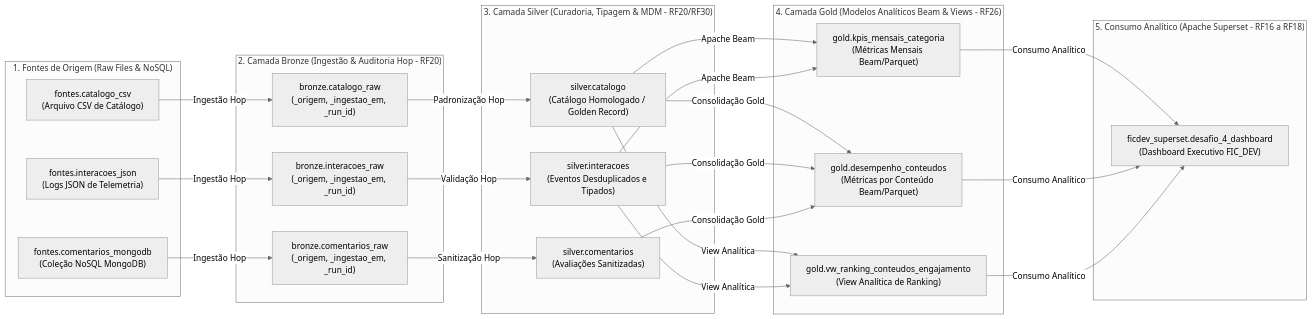
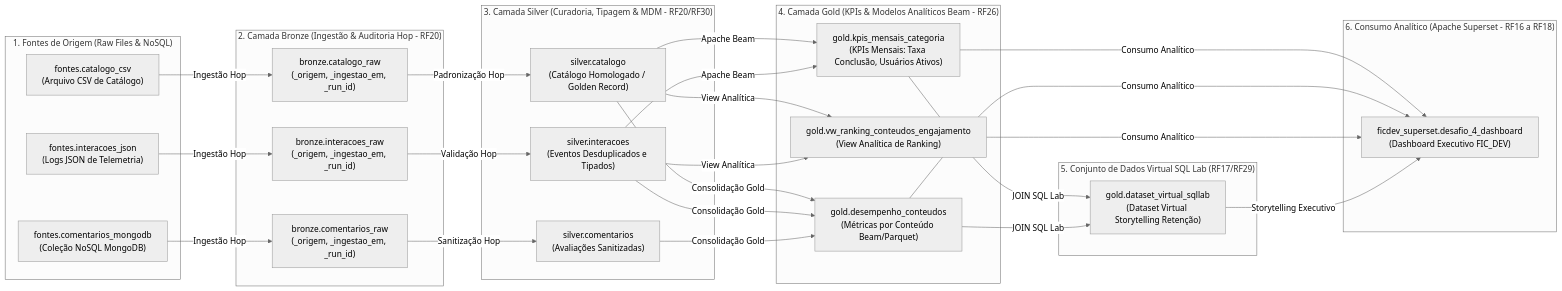
The diagram in documentacao/governanca_openmetadata.md (Gabriel-M-Branco/desafio-04-Fundamentos-de-Dados-para-IA), drawn with Mermaid (neutral theme) before and after one commit. The commit also changed other lines of this file and 2 other files, not shown here.

Commit message:
feat(governanca): mapear explicitamente kpi e dataset virtual do sql lab na linhagem conforme rf29

````diff
--- a/documentacao/governanca_openmetadata.md
+++ b/documentacao/governanca_openmetadata.md
@@ -25,54 +25,63 @@
 ```mermaid
 graph LR
     subgraph S1["1. Fontes de Origem (Raw Files & NoSQL)"]
         F1["fontes.catalogo_csv<br/>(Arquivo CSV de Catálogo)"]
         F2["fontes.interacoes_json<br/>(Logs JSON de Telemetria)"]
         F3["fontes.comentarios_mongodb<br/>(Coleção NoSQL MongoDB)"]
     end
 
     subgraph S2["2. Camada Bronze (Ingestão & Auditoria Hop - RF20)"]
         B1["bronze.catalogo_raw<br/>(_origem, _ingestao_em, _run_id)"]
         B2["bronze.interacoes_raw<br/>(_origem, _ingestao_em, _run_id)"]
         B3["bronze.comentarios_raw<br/>(_origem, _ingestao_em, _run_id)"]
     end
 
     subgraph S3["3. Camada Silver (Curadoria, Tipagem & MDM - RF20/RF30)"]
         SIL1["silver.catalogo<br/>(Catálogo Homologado / Golden Record)"]
         SIL2["silver.interacoes<br/>(Eventos Desduplicados e Tipados)"]
         SIL3["silver.comentarios<br/>(Avaliações Sanitizadas)"]
     end
 
-    subgraph S4["4. Camada Gold (Modelos Analíticos Beam & Views - RF26)"]
-        G1["gold.kpis_mensais_categoria<br/>(Métricas Mensais Beam/Parquet)"]
+    subgraph S4["4. Camada Gold (KPIs & Modelos Analíticos Beam - RF26)"]
+        G1["gold.kpis_mensais_categoria<br/>(KPIs Mensais: Taxa Conclusão, Usuários Ativos)"]
         G2["gold.desempenho_conteudos<br/>(Métricas por Conteúdo Beam/Parquet)"]
         G3["gold.vw_ranking_conteudos_engajamento<br/>(View Analítica de Ranking)"]
     end
 
-    subgraph S5["5. Consumo Analítico (Apache Superset - RF16 a RF18)"]
+    subgraph S5["5. Conjunto de Dados Virtual SQL Lab (RF17/RF29)"]
+        SQLV["gold.dataset_virtual_sqllab<br/>(Dataset Virtual Storytelling Retenção)"]
+    end
+
+    subgraph S6["6. Consumo Analítico (Apache Superset - RF16 a RF18)"]
         DASH["ficdev_superset.desafio_4_dashboard<br/>(Dashboard Executivo FIC_DEV)"]
     end
 
     %% Etapa 1 -> 2
     F1 -->|Ingestão Hop| B1
     F2 -->|Ingestão Hop| B2
     F3 -->|Ingestão Hop| B3
 
     %% Etapa 2 -> 3
     B1 -->|Padronização Hop| SIL1
     B2 -->|Validação Hop| SIL2
     B3 -->|Sanitização Hop| SIL3
 
     %% Etapa 3 -> 4
     SIL1 -->|Apache Beam| G1
     SIL2 -->|Apache Beam| G1
     SIL1 -->|Consolidação Gold| G2
     SIL2 -->|Consolidação Gold| G2
     SIL3 -->|Consolidação Gold| G2
     SIL1 -->|View Analítica| G3
     SIL2 -->|View Analítica| G3
 
-    %% Etapa 4 -> 5
+    %% Etapa 4 -> 5 (SQL Lab Virtual Dataset)
+    G1 -->|JOIN SQL Lab| SQLV
+    G2 -->|JOIN SQL Lab| SQLV
+
+    %% Etapa 5 -> 6 (Dashboard Superset)
     G1 -->|Consumo Analítico| DASH
     G2 -->|Consumo Analítico| DASH
     G3 -->|Consumo Analítico| DASH
+    SQLV -->|Storytelling Executivo| DASH
 ```
````
